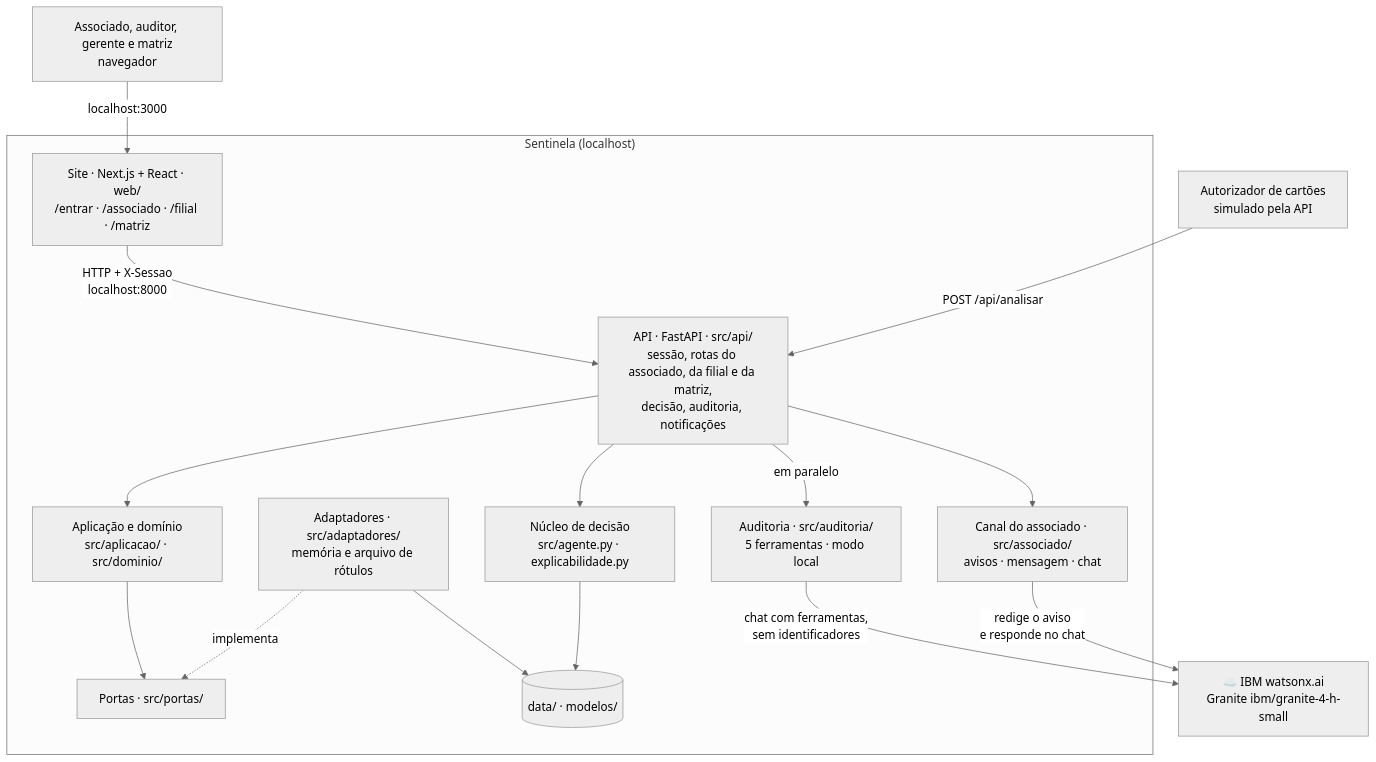
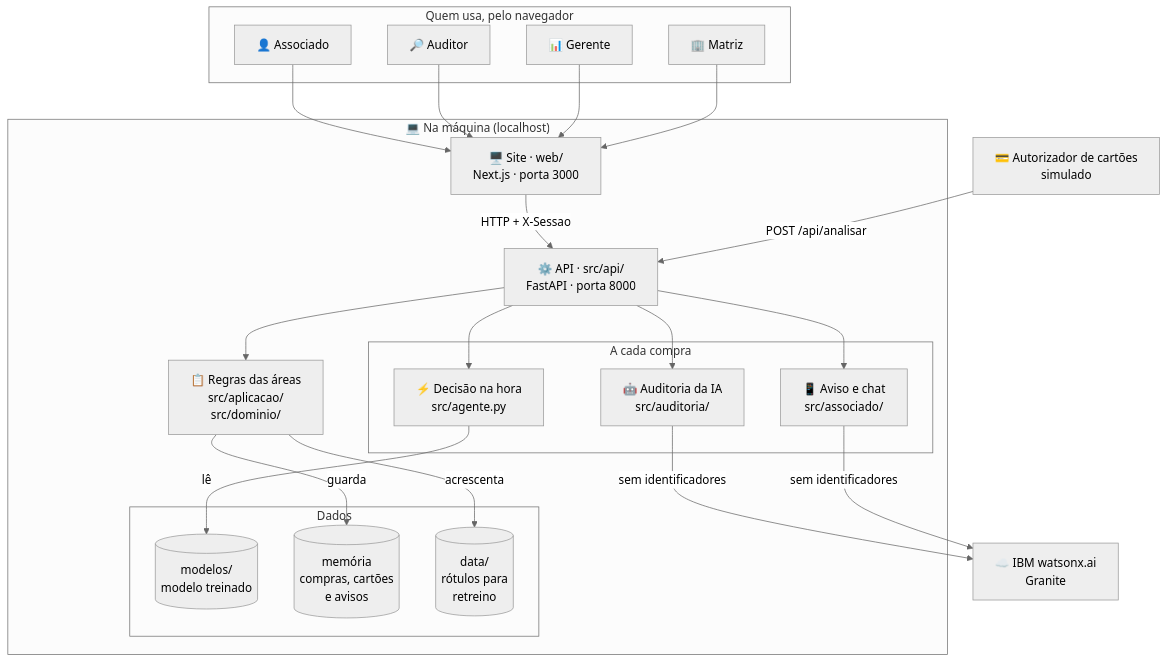
The third of 15 diagrams in README.md (PedroMLegnaghi/Sentinela_IBM_SkillsBuildAILab_Sicredi_challenge), drawn with Mermaid (neutral theme) before and after one commit. The commit also changed other lines of this file, not shown here.

Commit message:
docs: redesenha o diagrama de contêineres do README

````diff
--- a/README.md
+++ b/README.md
@@ -139,32 +139,39 @@
 ```mermaid
-graph TB
-    USU["Associado, auditor, gerente e matriz<br/>navegador"]
-    AUT["Autorizador de cartões<br/>simulado pela API"]
+flowchart TB
+    subgraph Pessoas["Quem usa, pelo navegador"]
+        ASS["👤 Associado"]
+        AUD["🔎 Auditor"]
+        GER["📊 Gerente"]
+        MAT["🏢 Matriz"]
+    end
+    AUT["💳 Autorizador de cartões<br/>simulado"]
 
-    subgraph Sentinela["Sentinela (localhost)"]
-        SITE["Site · Next.js + React · web/<br/>/entrar · /associado · /filial · /matriz"]
-        API["API · FastAPI · src/api/<br/>sessão, rotas do associado, da filial e da matriz,<br/>decisão, auditoria, notificações"]
-        APL["Aplicação e domínio<br/>src/aplicacao/ · src/dominio/"]
-        POR["Portas · src/portas/"]
-        MEM["Adaptadores · src/adaptadores/<br/>memória e arquivo de rótulos"]
-        NUC["Núcleo de decisão<br/>src/agente.py · explicabilidade.py"]
-        AUDI["Auditoria · src/auditoria/<br/>5 ferramentas · modo local"]
-        CAN["Canal do associado · src/associado/<br/>avisos · mensagem · chat"]
-        ARQ[("data/ · modelos/")]
+    subgraph Local["💻 Na máquina (localhost)"]
+        SITE["🖥️ Site · web/<br/>Next.js · porta 3000"]
+        API["⚙️ API · src/api/<br/>FastAPI · porta 8000"]
+        subgraph Compra["A cada compra"]
+            NUC["⚡ Decisão na hora<br/>src/agente.py"]
+            AUDI["🤖 Auditoria da IA<br/>src/auditoria/"]
+            CAN["📱 Aviso e chat<br/>src/associado/"]
+        end
+        REG["📋 Regras das áreas<br/>src/aplicacao/<br/>src/dominio/"]
+        subgraph Dados["Dados"]
+            MOD[("modelos/<br/>modelo treinado")]
+            MEM[("memória<br/>compras, cartões<br/>e avisos")]
+            ROT[("data/<br/>rótulos para<br/>retreino")]
+        end
     end
 
-    WX["☁️ IBM watsonx.ai<br/>Granite ibm/granite-4-h-small"]
+    WX["☁️ IBM watsonx.ai<br/>Granite"]
 
-    USU -->|"localhost:3000"| SITE
-    SITE -->|"HTTP + X-Sessao<br/>localhost:8000"| API
+    ASS & AUD & GER & MAT --> SITE
+    SITE -->|"HTTP + X-Sessao"| API
     AUT -->|"POST /api/analisar"| API
-    API --> APL --> POR
-    MEM -.->|implementa| POR
-    API --> NUC
-    API -->|em paralelo| AUDI
-    API --> CAN
-    AUDI -->|"chat com ferramentas,<br/>sem identificadores"| WX
-    CAN -->|"redige o aviso<br/>e responde no chat"| WX
-    NUC --> ARQ
-    MEM --> ARQ
+    API --> NUC & AUDI & CAN
+    API --> REG
+    NUC -->|lê| MOD
+    REG -->|guarda| MEM
+    REG -->|acrescenta| ROT
+    AUDI -->|"sem identificadores"| WX
+    CAN -->|"sem identificadores"| WX
 ```
````
